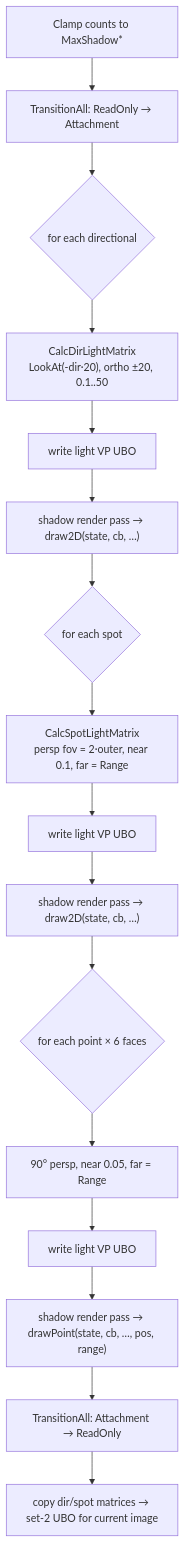
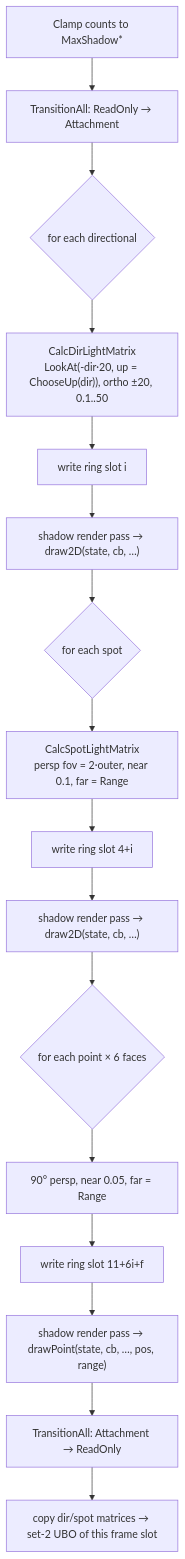
The second of 2 diagrams in docs/design/shadow-system.md (Mainframe-Games/mainframe-engine), drawn with Mermaid before and after one commit. The commit also changed other lines of this file and 14 other files, not shown here.

````diff
--- a/docs/design/shadow-system.md
+++ b/docs/design/shadow-system.md
@@ -87,15 +145,15 @@
 ```mermaid
 flowchart TD
     A["Clamp counts to MaxShadow*"] --> B["TransitionAll: ReadOnly → Attachment"]
     B --> C{"for each directional"}
-    C --> C1["CalcDirLightMatrix<br/>LookAt(-dir·20), ortho ±20, 0.1..50"]
-    C1 --> C2["write light VP UBO"] --> C3["shadow render pass → draw2D(state, cb, …)"]
+    C --> C1["CalcDirLightMatrix<br/>LookAt(-dir·20, up = ChooseUp(dir)), ortho ±20, 0.1..50"]
+    C1 --> C2["write ring slot i"] --> C3["shadow render pass → draw2D(state, cb, …)"]
     C3 --> D{"for each spot"}
     D --> D1["CalcSpotLightMatrix<br/>persp fov = 2·outer, near 0.1, far = Range"]
-    D1 --> D2["write light VP UBO"] --> D3["shadow render pass → draw2D(state, cb, …)"]
+    D1 --> D2["write ring slot 4+i"] --> D3["shadow render pass → draw2D(state, cb, …)"]
     D3 --> E{"for each point × 6 faces"}
     E --> E1["90° persp, near 0.05, far = Range"]
-    E1 --> E2["write light VP UBO"] --> E3["shadow render pass → drawPoint(state, cb, …, pos, range)"]
+    E1 --> E2["write ring slot 11+6i+f"] --> E3["shadow render pass → drawPoint(state, cb, …, pos, range)"]
     E3 --> F["TransitionAll: Attachment → ReadOnly"]
-    F --> G["copy dir/spot matrices → set-2 UBO for current image"]
+    F --> G["copy dir/spot matrices → set-2 UBO of this frame slot"]
 ```
````
